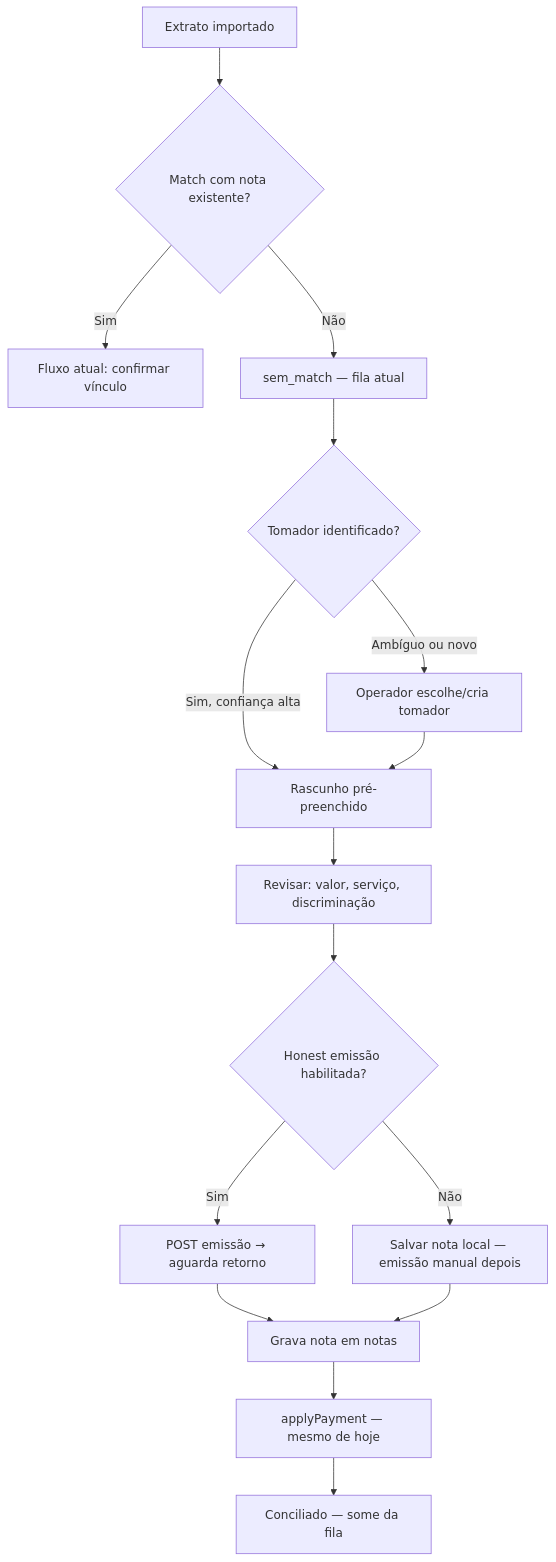
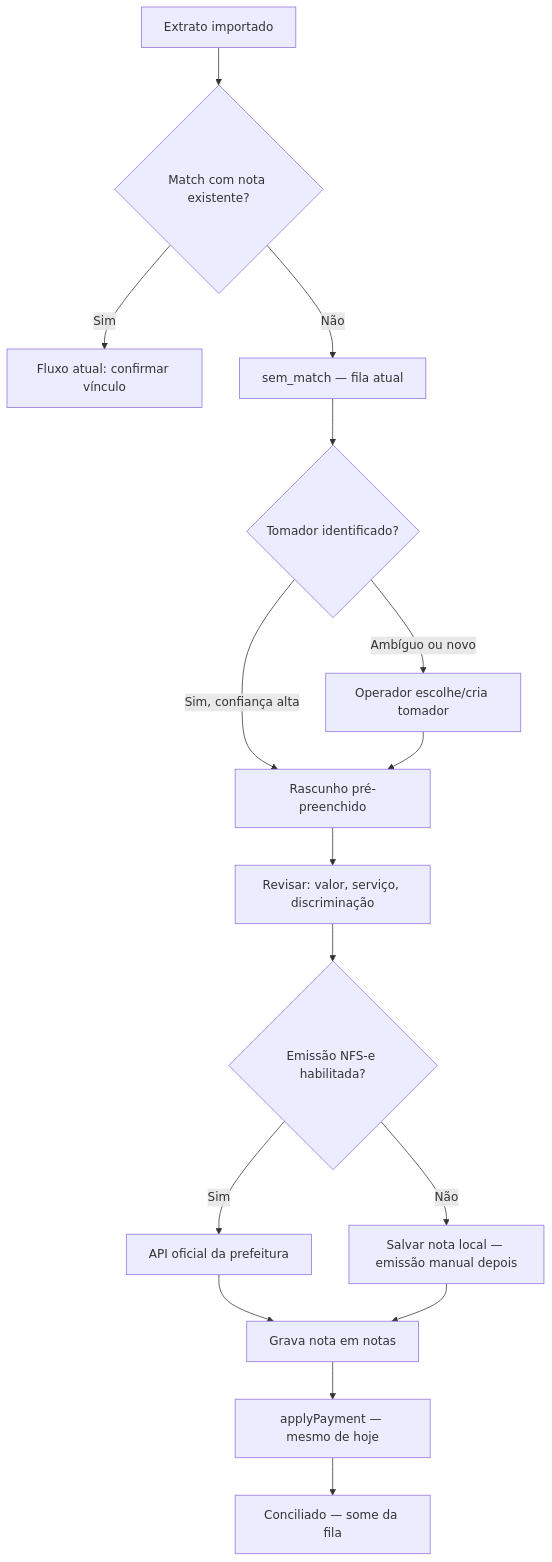
Before and after one commit to ruanfreire/gestaoFinanceira: the diagram in docs/FLUXO-EMISSAO-PAGAMENTO.md, drawn with Mermaid. The commit also changed other lines of this file and 155 other files, not shown here.

````diff
--- a/docs/FLUXO-EMISSAO-PAGAMENTO.md
+++ b/docs/FLUXO-EMISSAO-PAGAMENTO.md
@@ -58,18 +60,18 @@
 ```mermaid
 flowchart TD
     A[Extrato importado] --> B{Match com nota existente?}
     B -->|Sim| C[Fluxo atual: confirmar vínculo]
     B -->|Não| D[sem_match — fila atual]
     D --> E{Tomador identificado?}
     E -->|Sim, confiança alta| F[Rascunho pré-preenchido]
     E -->|Ambíguo ou novo| G[Operador escolhe/cria tomador]
     G --> F
     F --> H[Revisar: valor, serviço, discriminação]
-    H --> I{Honest emissão habilitada?}
-    I -->|Sim| J[POST emissão → aguarda retorno]
+    H --> I{Emissão NFS-e habilitada?}
+    I -->|Sim| J[API oficial da prefeitura]
     I -->|Não| K[Salvar nota local — emissão manual depois]
     J --> L[Grava nota em notas]
     K --> L
     L --> M[applyPayment — mesmo de hoje]
     M --> N[Conciliado — some da fila]
 ```
````
